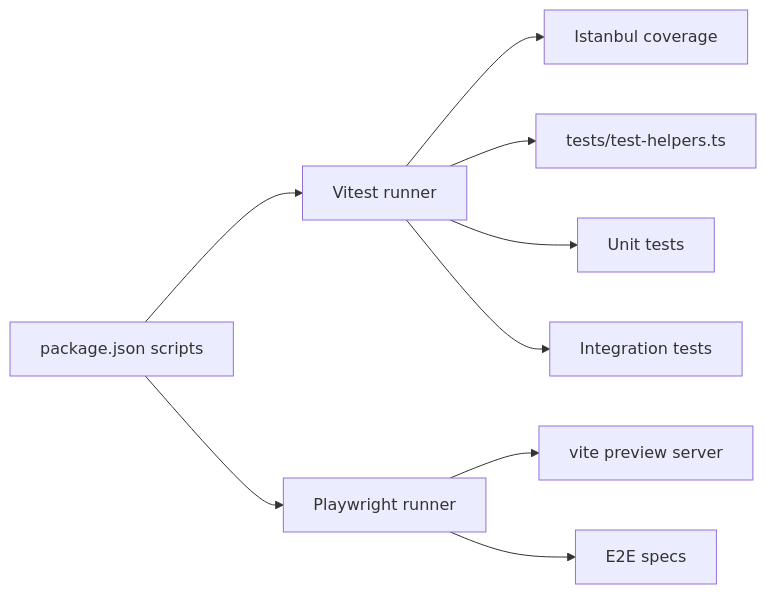
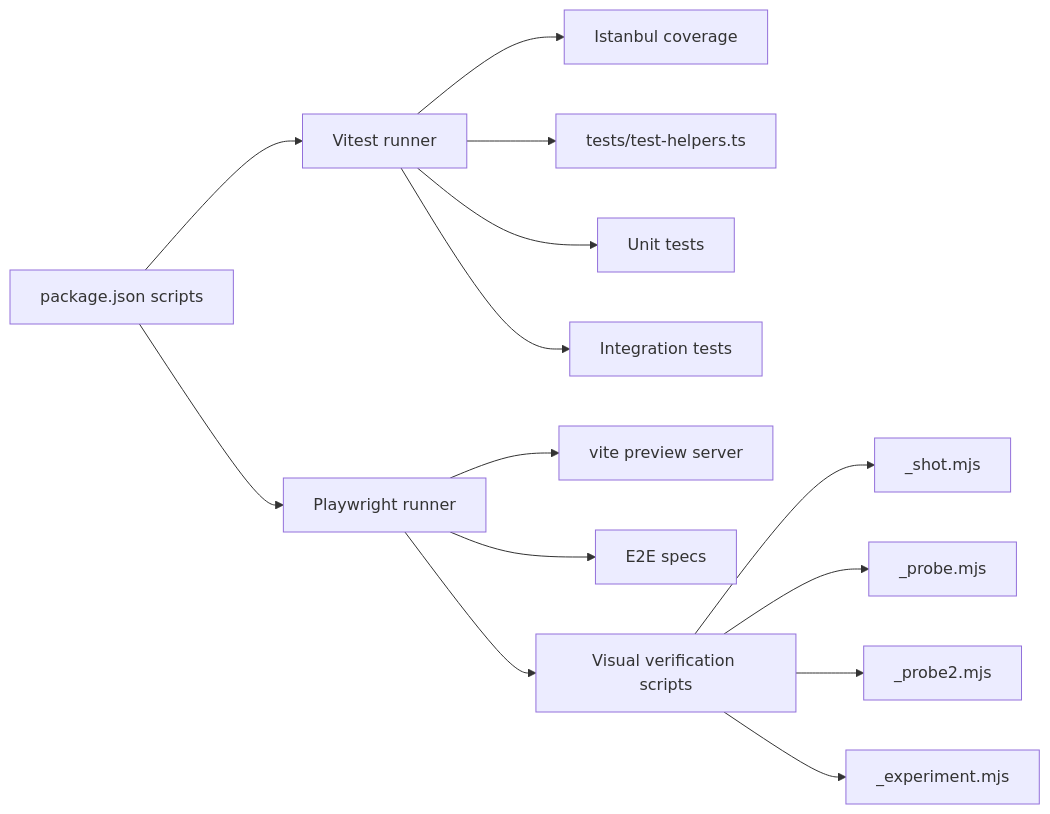
One commit to satyrlord/mb changed the third of 3 diagrams in .qoder/repowiki/en/content/Testing Framework/Testing Framework.md. Above: the diagram before and after it, drawn with Mermaid. The commit also changed other lines of this file and 26 other files, not shown here.

````diff
--- a/.qoder/repowiki/en/content/Testing Framework/Testing Framework.md
+++ b/.qoder/repowiki/en/content/Testing Framework/Testing Framework.md
@@ -352,11 +480,16 @@
 ```mermaid
 graph LR
 PKG["package.json scripts"] --> VIT["Vitest runner"]
 PKG --> PW["Playwright runner"]
 VIT --> COV["Istanbul coverage"]
 PW --> PREV["vite preview server"]
 VIT --> TH["tests/test-helpers.ts"]
 VIT --> UT["Unit tests"]
 VIT --> IT["Integration tests"]
 PW --> E2E["E2E specs"]
+PW --> VIS["Visual verification scripts"]
+VIS --> SHOT["_shot.mjs"]
+VIS --> PROBE["_probe.mjs"]
+VIS --> PROBE2["_probe2.mjs"]
+VIS --> EXP["_experiment.mjs"]
 ```
````
